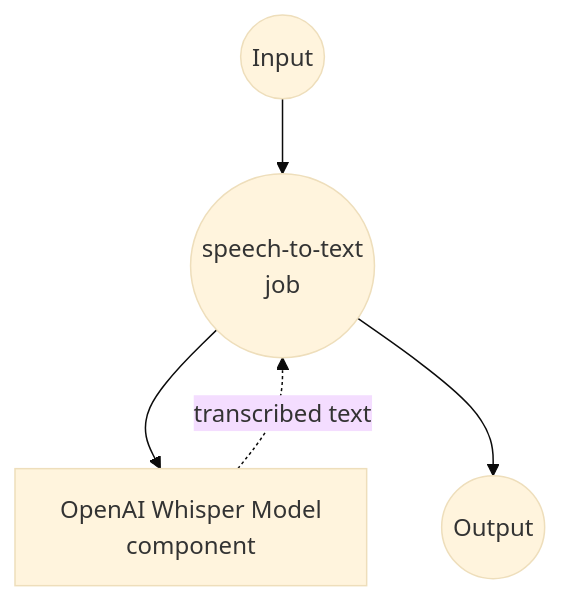
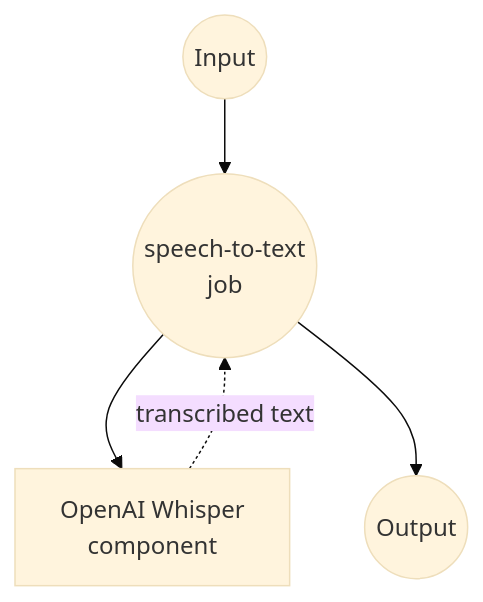
One commit to hanyeol/model-compose changed the diagram in examples/openai-audio-transciptions/README.md. Above: the diagram before and after it, drawn with Mermaid (base theme). The commit also changed other lines of this file and 21 other files, not shown here.

````diff
--- a/examples/openai-audio-transciptions/README.md
+++ b/examples/openai-audio-transciptions/README.md
@@ -100,16 +100,16 @@
 ```mermaid
 graph TD
     %% Jobs (circles)
     J1((speech-to-text<br/>job))
 
     %% Components (rectangles)
-    C1[OpenAI Whisper Model<br/>component]
+    C1[OpenAI Whisper<br/>component]
 
     %% Job to component connections (solid: invokes, dotted: returns)
     J1 --> C1
     C1 -.-> |transcribed text| J1
 
     %% Input/Output
     Input((Input)) --> J1
     J1 --> Output((Output))
 ```
````
